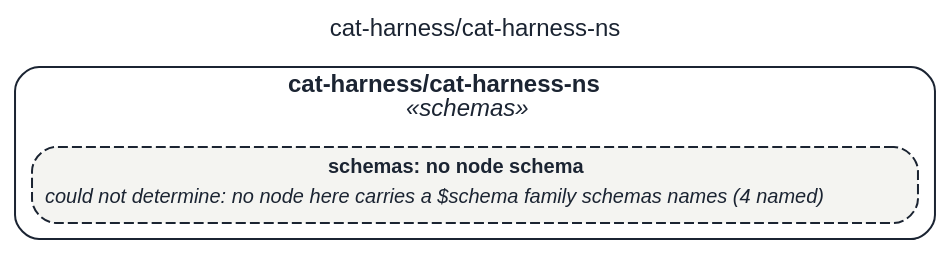
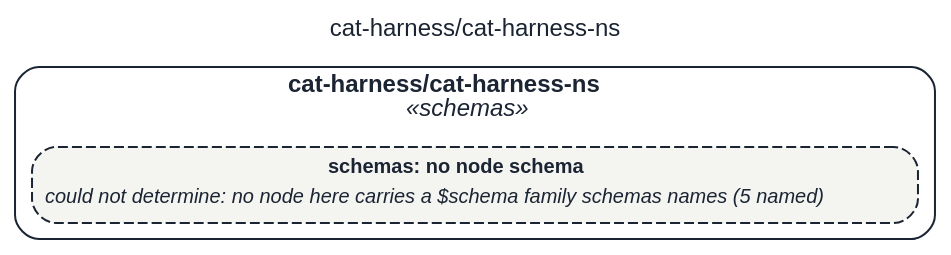
One commit to litlfred/folio-assistant changed the diagram in assets/img/uml/overview/cat-harness/cat-harness-ns.dot. Above: the diagram before and after it, drawn with Graphviz. The commit also changed 10681 other files, not shown here.

```diff
--- a/assets/img/uml/overview/cat-harness/cat-harness-ns.dot
+++ b/assets/img/uml/overview/cat-harness/cat-harness-ns.dot
@@ -1,11 +1,11 @@
 // GENERATED by cat-harness-tools/scripts/gen-uml-overview.ts — do not edit.
 // Rendered page (interactive view, same model): https://litlfred.github.io/folio-assistant/uml/overview/cat-harness/cat-harness-ns.html
 digraph "cat_harness_cat_harness_ns" {
   graph [label="cat-harness/cat-harness-ns", labelloc=t, fontname="Helvetica", fontsize=12, fontcolor="#1b2432", newrank=true, ratio=auto, nodesep=0.3, ranksep=0.5, bgcolor="transparent"];
   node [shape=box, style="rounded,filled", margin=0.05, fontname="Helvetica", fontsize=10, color="#1b2432", fontcolor="#1b2432"];
   edge [color="#1b2432", fontcolor="#1b2432", fontname="Helvetica", fontsize=9];
   subgraph "cluster_pkg_cat_harness_cat_harness_ns" {
     label=<<b>cat-harness/cat-harness-ns</b><br/><i>«schemas»</i>>; style="rounded"; color="#1b2432"; class="fa_uml_subgraph";
-    "n_cat_harness_cat_harness_ns_schemas" [style="rounded,filled,dashed", fillcolor="#f4f4f1", class="fa_uml_kind_schemas fa_uml_undetermined", label=<<table border="0" cellborder="0" cellspacing="0" cellpadding="2"><tr><td><b>schemas: no node schema</b></td></tr><tr><td align="left"><i>could not determine: no node here carries a $schema family schemas names (4 named)</i></td></tr></table>>];
+    "n_cat_harness_cat_harness_ns_schemas" [style="rounded,filled,dashed", fillcolor="#f4f4f1", class="fa_uml_kind_schemas fa_uml_undetermined", label=<<table border="0" cellborder="0" cellspacing="0" cellpadding="2"><tr><td><b>schemas: no node schema</b></td></tr><tr><td align="left"><i>could not determine: no node here carries a $schema family schemas names (5 named)</i></td></tr></table>>];
   }
 }
```
